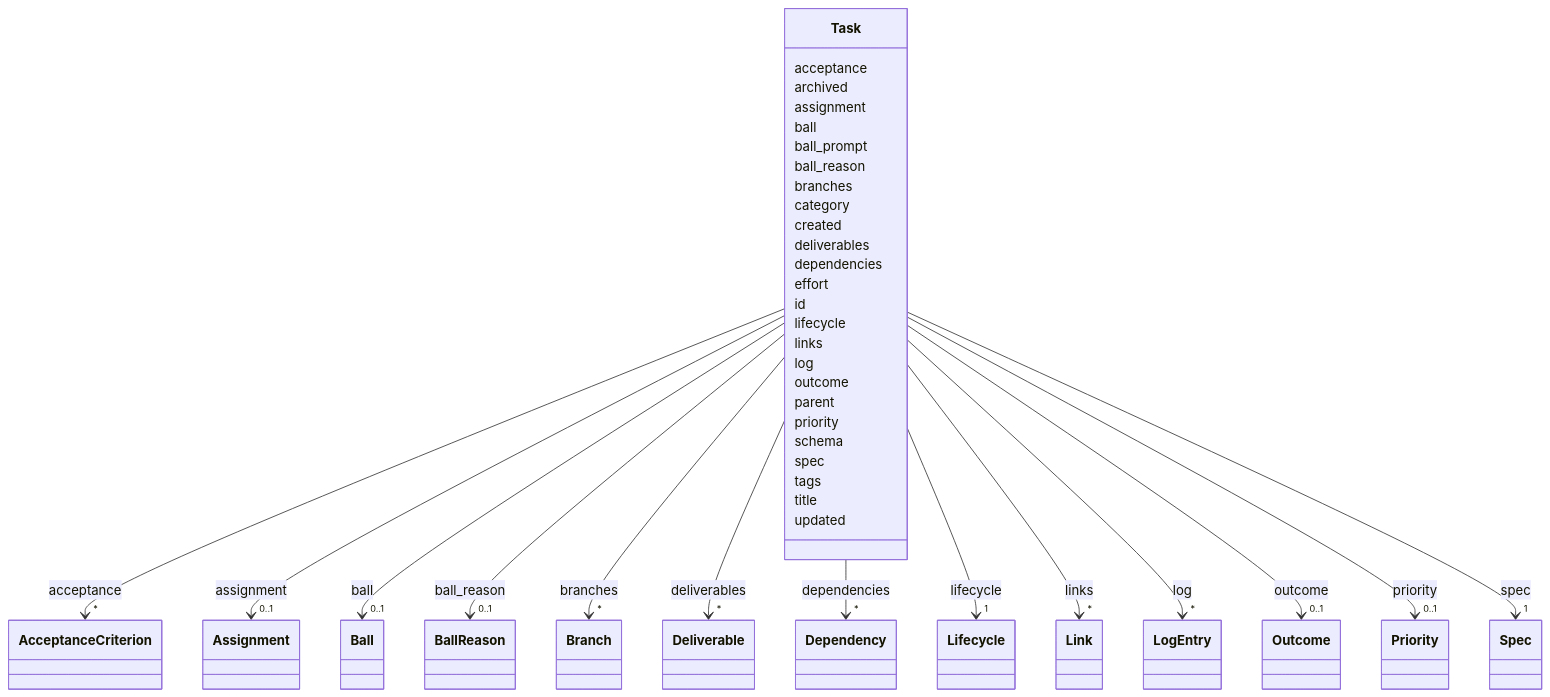
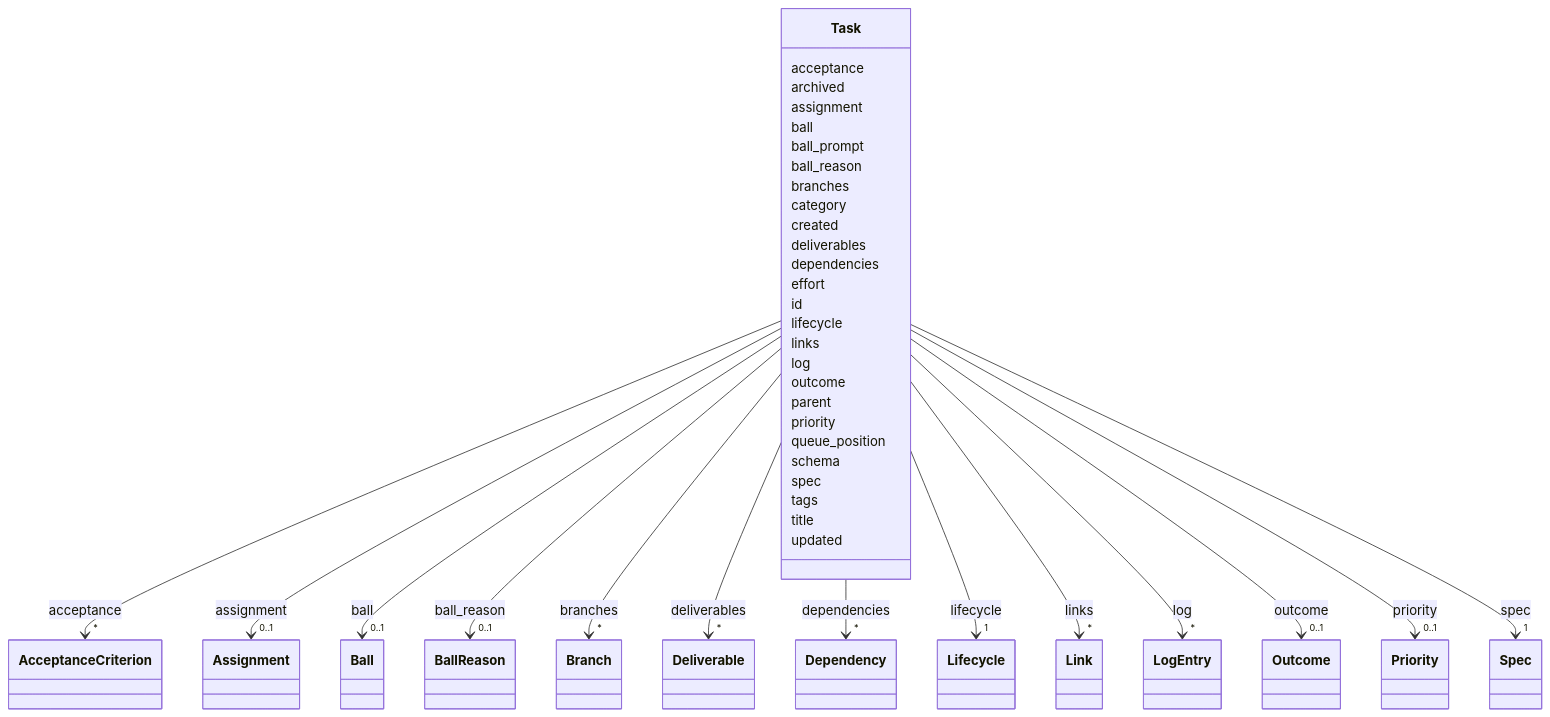
Before and after one commit to jeffposey/agentjobs: the diagram in docs/schema/v2/classes/Task.md, drawn with Mermaid. The commit also changed other lines of this file and 19 other files, not shown here.

First line of the commit message:
chore(schema): regenerate LinkML artefacts for queue_position and attachments

```diff
--- a/docs/schema/v2/classes/Task.md
+++ b/docs/schema/v2/classes/Task.md
@@ -170,6 +170,8 @@
     
 
         
+      Task : queue_position
+        
       Task : schema
         
       Task : spec
```
